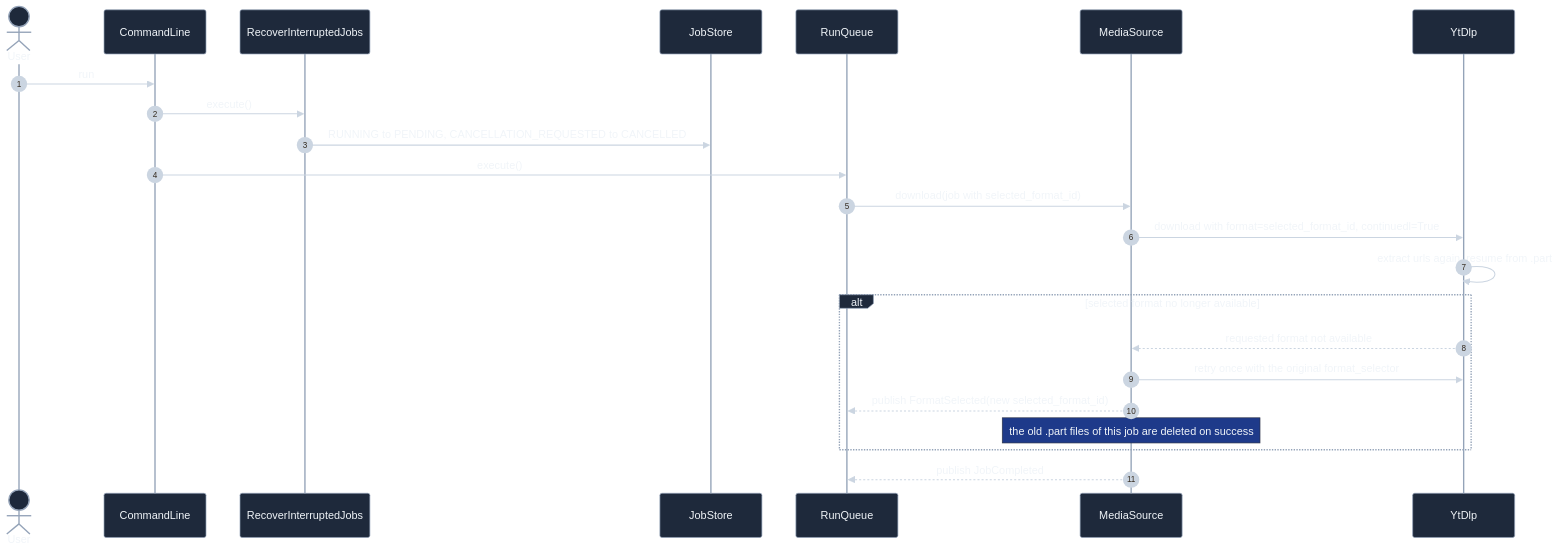
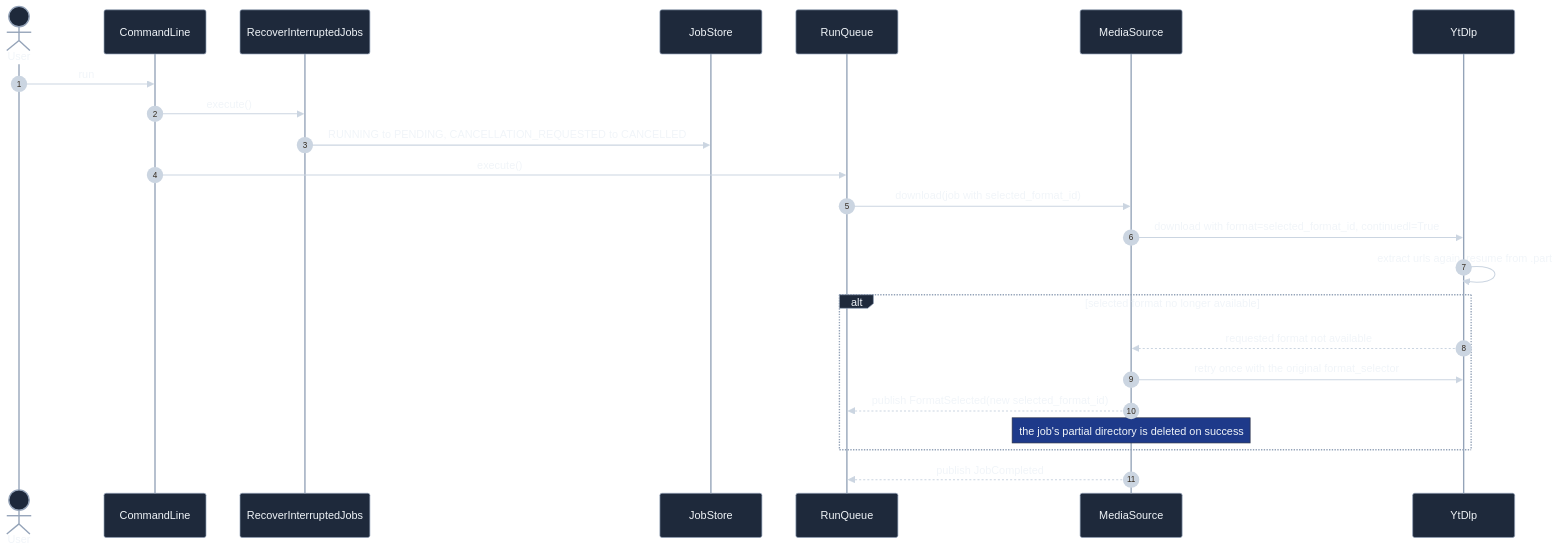
One commit to NestorMonroy/queued-media-downloader changed the fifth of 6 diagrams in doc/design/02-flows-persistence-and-operations.md. Above: the diagram before and after it, drawn with Mermaid. The commit also changed other lines of this file and 22 other files, not shown here.

First line of the commit message:
Give each job its own folder for partial files

````diff
--- a/doc/design/02-flows-persistence-and-operations.md
+++ b/doc/design/02-flows-persistence-and-operations.md
@@ -253,45 +253,45 @@
 ```mermaid
 ---
 config:
   theme: base
   darkMode: true
   themeVariables:
     background:         "#0f172a"
     primaryColor:       "#1e293b"
     primaryTextColor:   "#f1f5f9"
     primaryBorderColor: "#94a3b8"
     lineColor:          "#cbd5e1"
     secondaryColor:     "#334155"
     tertiaryColor:      "#1e3a8a"
     noteBkgColor:       "#1e3a8a"
     noteTextColor:      "#f1f5f9"
     signalColor:        "#cbd5e1"
     signalTextColor:    "#f1f5f9"
     activationBkgColor: "#334155"
 ---
 sequenceDiagram
     autonumber
     actor User
     participant CommandLine
     participant RecoverInterruptedJobs
     participant JobStore
     participant RunQueue
     participant MediaSource
     participant YtDlp
 
     User->>CommandLine: run
     CommandLine->>RecoverInterruptedJobs: execute()
     RecoverInterruptedJobs->>JobStore: RUNNING to PENDING, CANCELLATION_REQUESTED to CANCELLED
     CommandLine->>RunQueue: execute()
     RunQueue->>MediaSource: download(job with selected_format_id)
     MediaSource->>YtDlp: download with format=selected_format_id, continuedl=True
     YtDlp->>YtDlp: extract urls again, resume from .part
 
     alt selected format no longer available
         YtDlp-->>MediaSource: requested format not available
         MediaSource->>YtDlp: retry once with the original format_selector
         MediaSource-->>RunQueue: publish FormatSelected(new selected_format_id)
-        Note over MediaSource: the old .part files of this job are deleted on success
+        Note over MediaSource: the job's partial directory is deleted on success
     end
     MediaSource-->>RunQueue: publish JobCompleted
 ```
````
